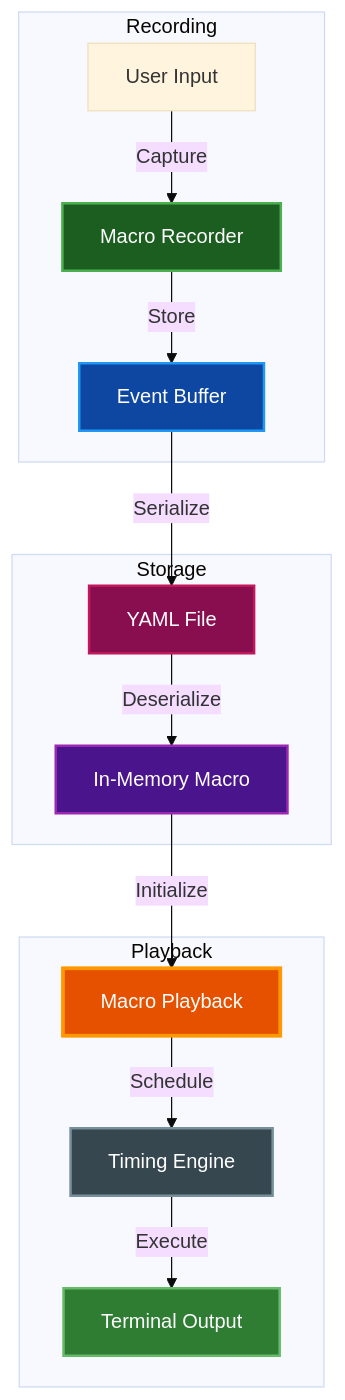
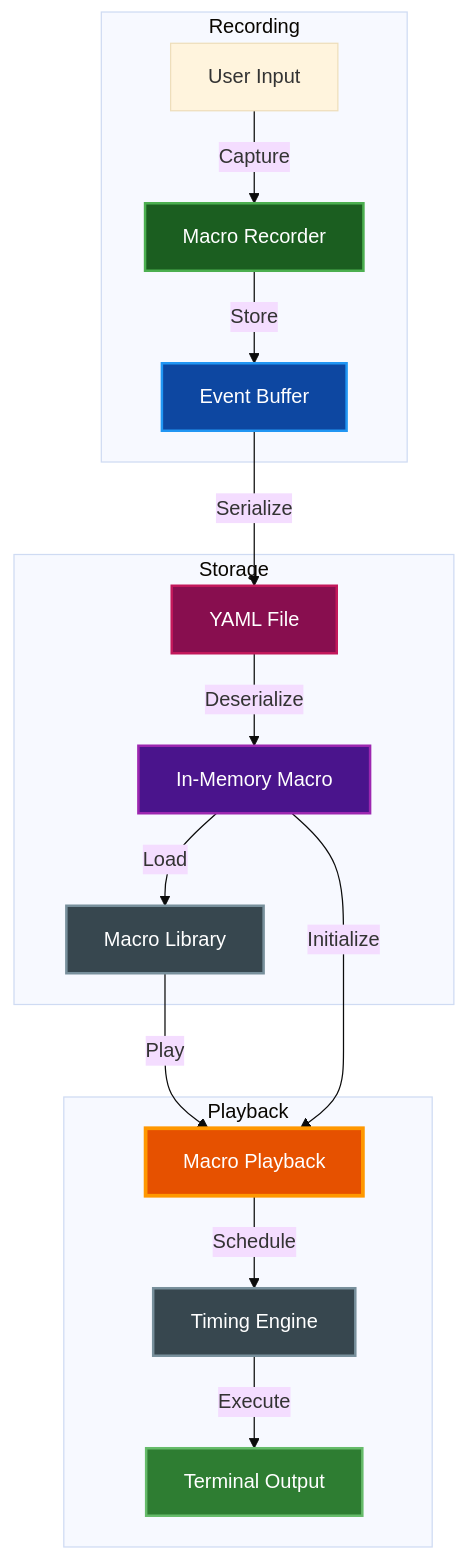
The first of 3 diagrams in docs/MACROS.md (paulrobello/par-term-emu-core-rust), drawn with Mermaid (base theme) before and after one commit. The commit also changed other lines of this file and 42 other files, not shown here.

````diff
--- a/docs/MACROS.md
+++ b/docs/MACROS.md
@@ -66,35 +67,39 @@
 ```mermaid
 graph TB
     subgraph "Recording"
         Input[User Input]
         Recorder[Macro Recorder]
         Events[Event Buffer]
     end
 
     subgraph "Storage"
         YAML[YAML File]
         Memory[In-Memory Macro]
+        Library[Macro Library]
     end
 
     subgraph "Playback"
         Player[Macro Playback]
         Timer[Timing Engine]
         Output[Terminal Output]
     end
 
     Input -->|Capture| Recorder
     Recorder -->|Store| Events
     Events -->|Serialize| YAML
     YAML -->|Deserialize| Memory
+    Memory -->|Load| Library
+    Library -->|Play| Player
     Memory -->|Initialize| Player
     Player -->|Schedule| Timer
     Timer -->|Execute| Output
 
     style Recorder fill:#1b5e20,stroke:#4caf50,stroke-width:2px,color:#ffffff
     style Events fill:#0d47a1,stroke:#2196f3,stroke-width:2px,color:#ffffff
     style YAML fill:#880e4f,stroke:#c2185b,stroke-width:2px,color:#ffffff
     style Memory fill:#4a148c,stroke:#9c27b0,stroke-width:2px,color:#ffffff
+    style Library fill:#37474f,stroke:#78909c,stroke-width:2px,color:#ffffff
     style Player fill:#e65100,stroke:#ff9800,stroke-width:3px,color:#ffffff
     style Timer fill:#37474f,stroke:#78909c,stroke-width:2px,color:#ffffff
     style Output fill:#2e7d32,stroke:#66bb6a,stroke-width:2px,color:#ffffff
 ```
````
